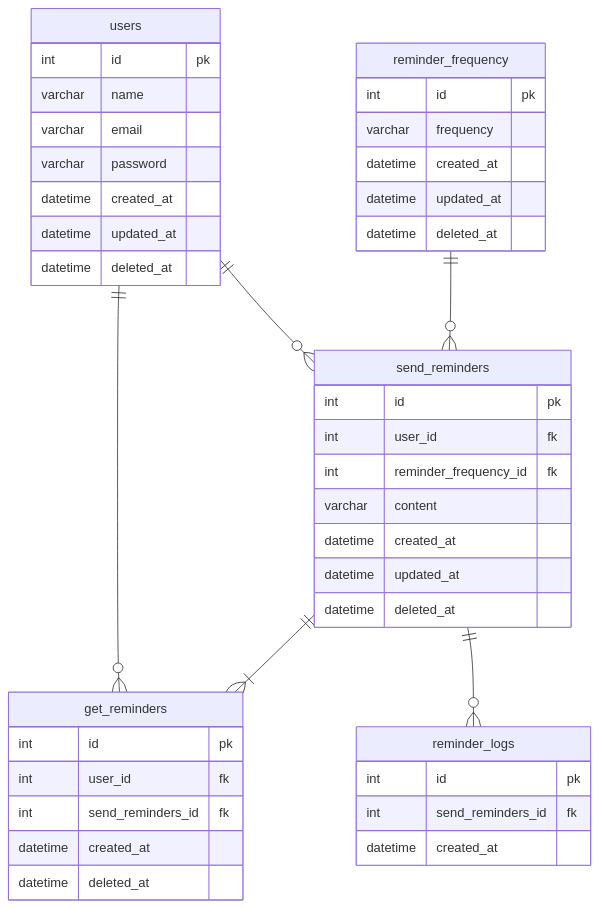
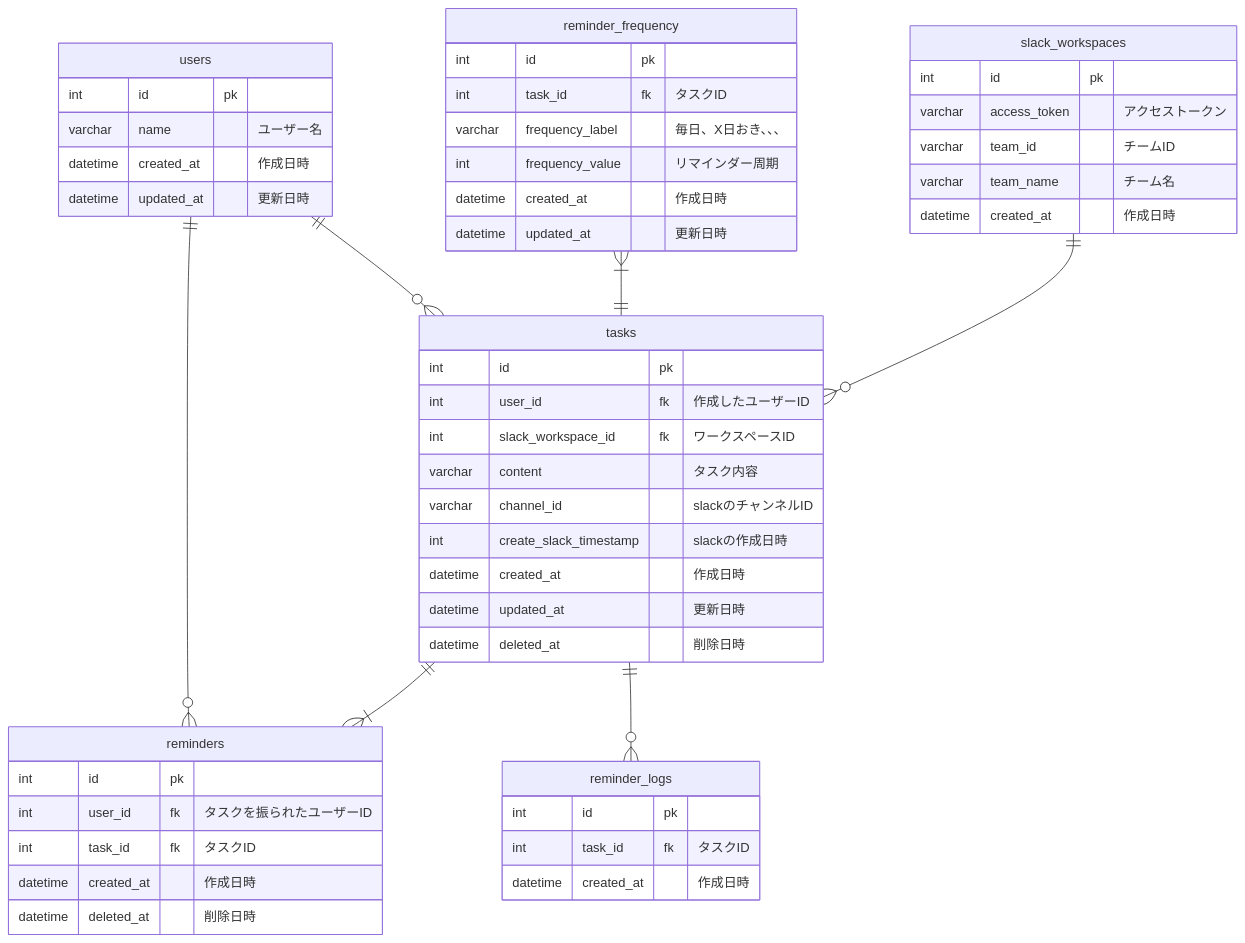
One commit to zyumax/pc_task changed the diagram in データベースモデリング4/課題1/課題1.md. Above: the diagram before and after it, drawn with Mermaid. The commit also changed other lines of this file and 2 other files, not shown here.

Commit message:
MTGをもとに修正

````diff
--- a/データベースモデリング4/課題1/課題1.md
+++ b/データベースモデリング4/課題1/課題1.md
@@ -24,46 +16,54 @@
 ```mermaid
 erDiagram
 users {
   int id pk
-  varchar name
-  varchar email
-  varchar password
-  datetime created_at
-  datetime updated_at
-  datetime deleted_at
+  varchar name "ユーザー名"
+  datetime created_at "作成日時"
+  datetime updated_at "更新日時"
 }
-send_reminders {
+slack_workspaces {
   int id pk
-  int user_id fk
-  int reminder_frequency_id fk
-  varchar content
-  datetime created_at 
-  datetime updated_at
-  datetime deleted_at
+  varchar access_token "アクセストークン"
+  varchar team_id "チームID"
+  varchar team_name "チーム名"
+  datetime created_at "作成日時"
 }
-get_reminders {
+tasks {
   int id pk
-  int user_id fk
-  int send_reminders_id fk
-  datetime created_at
-  datetime deleted_at
+  int user_id fk "作成したユーザーID"
+  int slack_workspace_id fk "ワークスペースID"
+  varchar content "タスク内容"
+  varchar channel_id "slackのチャンネルID"
+  int create_slack_timestamp "slackの作成日時"
+  datetime created_at "作成日時"
+  datetime updated_at "更新日時"
+  datetime deleted_at "削除日時"
+}
+reminders {
+  int id pk
+  int user_id fk "タスクを振られたユーザーID"
+  int task_id fk "タスクID"
+  datetime created_at "作成日時"
+  datetime deleted_at "削除日時"
 }
 reminder_frequency {
   int id pk
-  varchar frequency
-  datetime created_at
-  datetime updated_at
-  datetime deleted_at
+  int task_id fk "タスクID"
+  varchar frequency_label "毎日、X日おき、、、"
+  int frequency_value "リマインダー周期"
+  datetime created_at "作成日時"
+  datetime updated_at "更新日時"
 }
 reminder_logs {
   int id pk
-  int send_reminders_id fk
-  datetime created_at
+  int task_id fk "タスクID"
+  datetime created_at "作成日時"
 }
 %% relations
-users ||--o{ send_reminders : ""
-users ||--o{ get_reminders : ""
-send_reminders ||--|{ get_reminders : ""
-send_reminders ||--o{ reminder_logs : ""
-reminder_frequency ||--o{ send_reminders : ""
+users ||--o{ tasks : ""
+users ||--o{ reminders : ""
+tasks ||--|{ reminders : ""
+tasks ||--o{ reminder_logs : ""
+reminder_frequency }|--|| tasks : ""
+slack_workspaces ||--o{ tasks : ""
 ```
````
